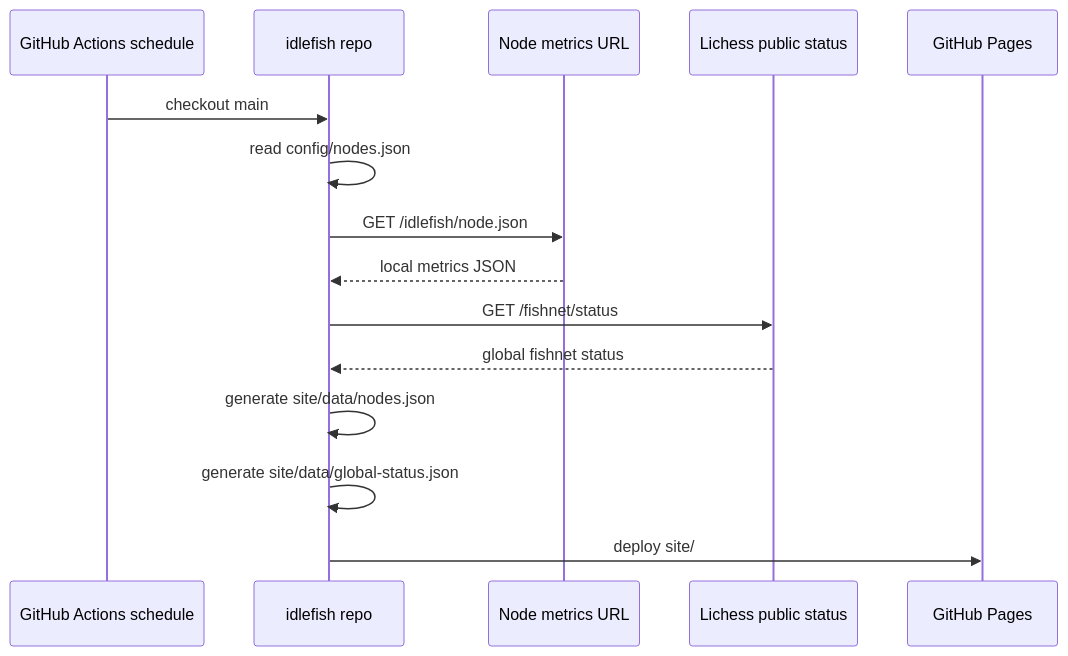
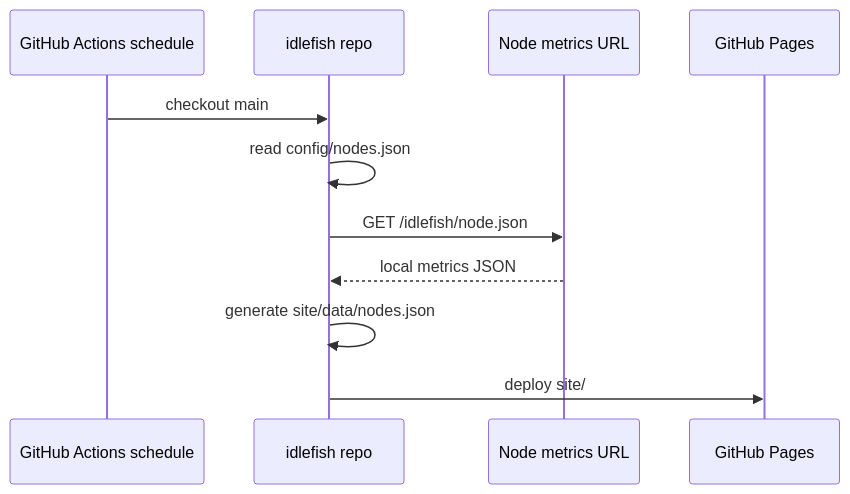
Before and after one commit to sancahs/idlefish: the second of 3 diagrams in docs/architecture-v0.md, drawn with Mermaid. The commit also changed other lines of this file and 10 other files, not shown here.

Commit message:
Remove global fishnet status panel

````diff
--- a/docs/architecture-v0.md
+++ b/docs/architecture-v0.md
@@ -46,18 +43,14 @@
 ```mermaid
 sequenceDiagram
   participant Timer as GitHub Actions schedule
   participant Repo as idlefish repo
   participant Node as Node metrics URL
-  participant Lichess as Lichess public status
   participant Pages as GitHub Pages
 
   Timer->>Repo: checkout main
   Repo->>Repo: read config/nodes.json
   Repo->>Node: GET /idlefish/node.json
   Node-->>Repo: local metrics JSON
-  Repo->>Lichess: GET /fishnet/status
-  Lichess-->>Repo: global fishnet status
   Repo->>Repo: generate site/data/nodes.json
-  Repo->>Repo: generate site/data/global-status.json
   Repo->>Pages: deploy site/
 ```
````
